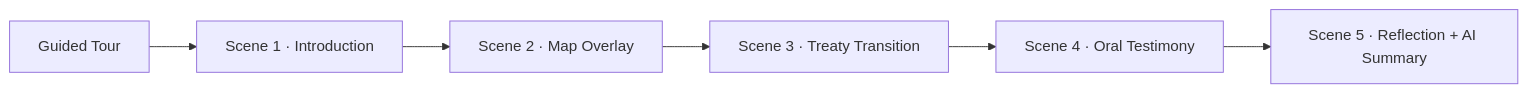
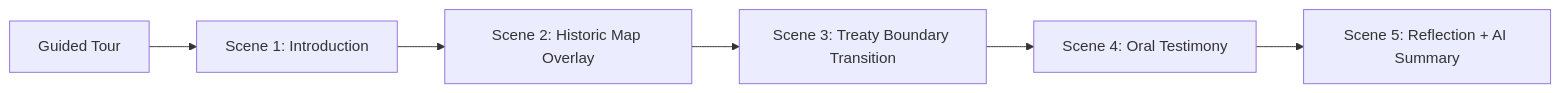
Before and after one commit to bartytime4life/Kansas-Frontier-Matrix: the second of 2 diagrams in docs/design/storytelling.md, drawn with Mermaid. The commit also changed other lines of this file, not shown here.

````diff
--- a/docs/design/storytelling.md
+++ b/docs/design/storytelling.md
@@ -107,8 +132,8 @@
 ```mermaid
 flowchart LR
-    A["Guided Tour"] --> B["Scene 1 · Introduction"]
-    B --> C["Scene 2 · Map Overlay"]
-    C --> D["Scene 3 · Treaty Transition"]
-    D --> E["Scene 4 · Oral Testimony"]
-    E --> F["Scene 5 · Reflection + AI Summary"]
+    A["Guided Tour"] --> B["Scene 1: Introduction"]
+    B --> C["Scene 2: Historic Map Overlay"]
+    C --> D["Scene 3: Treaty Boundary Transition"]
+    D --> E["Scene 4: Oral Testimony"]
+    E --> F["Scene 5: Reflection + AI Summary"]
 ```
````
